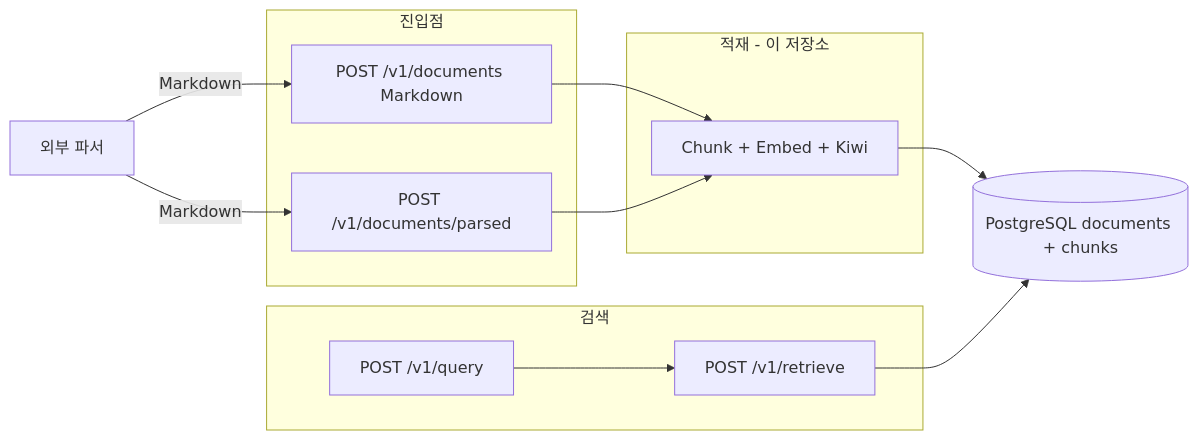
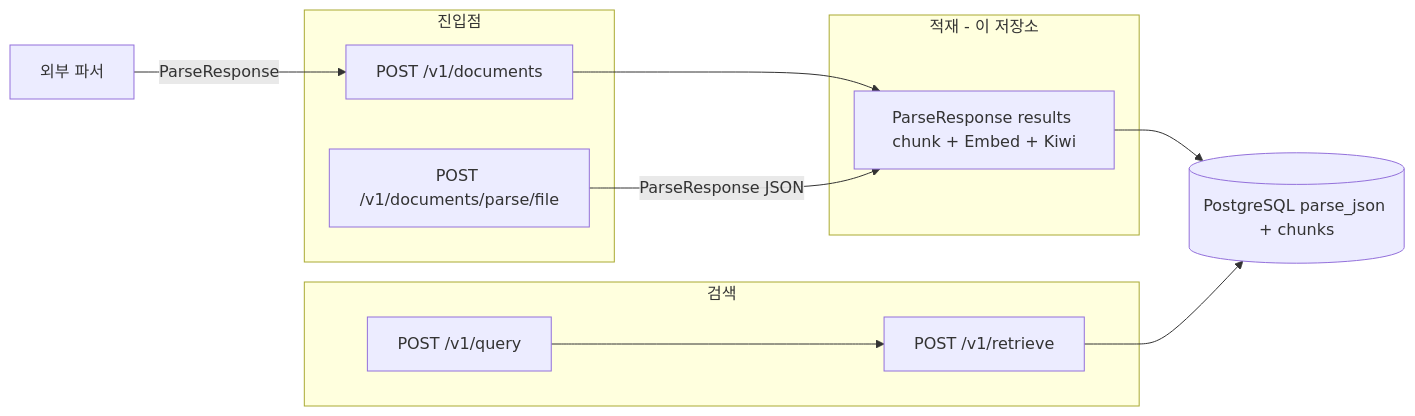
The second of 2 diagrams in doc/ARCHITECTURE.md (santarosalia/rag), drawn with Mermaid before and after one commit. The commit also changed other lines of this file and 25 other files, not shown here.

First line of the commit message:
feat: ParseResponse.results 단위로 청킹하고 S3·MD 직적재를 제거한다

````diff
--- a/doc/ARCHITECTURE.md
+++ b/doc/ARCHITECTURE.md
@@ -159,25 +159,25 @@
 ```mermaid
 flowchart LR
   subgraph entry [진입점]
-    A[POST /v1/documents Markdown]
-    B[POST /v1/documents/parsed]
+    A[POST /v1/documents]
+    B[POST /v1/documents/parse/file]
   end
 
   subgraph load [적재 - 이 저장소]
-    Chunk[Chunk + Embed + Kiwi]
+    Chunk[ParseResponse results chunk + Embed + Kiwi]
   end
 
   subgraph rag_svc [검색]
     Retrieve[POST /v1/retrieve]
     Query[POST /v1/query]
   end
 
-  PG[(PostgreSQL documents + chunks)]
+  PG[(PostgreSQL parse_json + chunks)]
   Ext[외부 파서]
 
-  Ext -->|Markdown| A --> Chunk
-  Ext -->|Markdown| B --> Chunk
+  Ext -->|ParseResponse| A --> Chunk
+  B -->|ParseResponse JSON| Chunk
   Chunk --> PG
   Retrieve --> PG
   Query --> Retrieve
 ```
````
